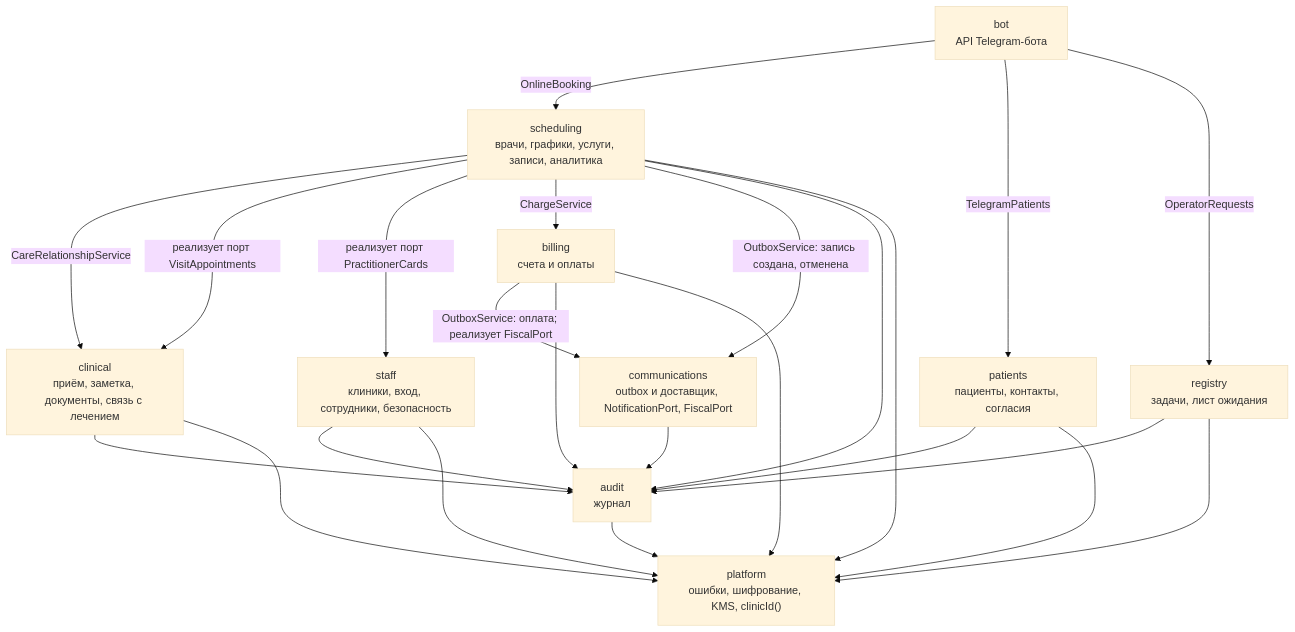
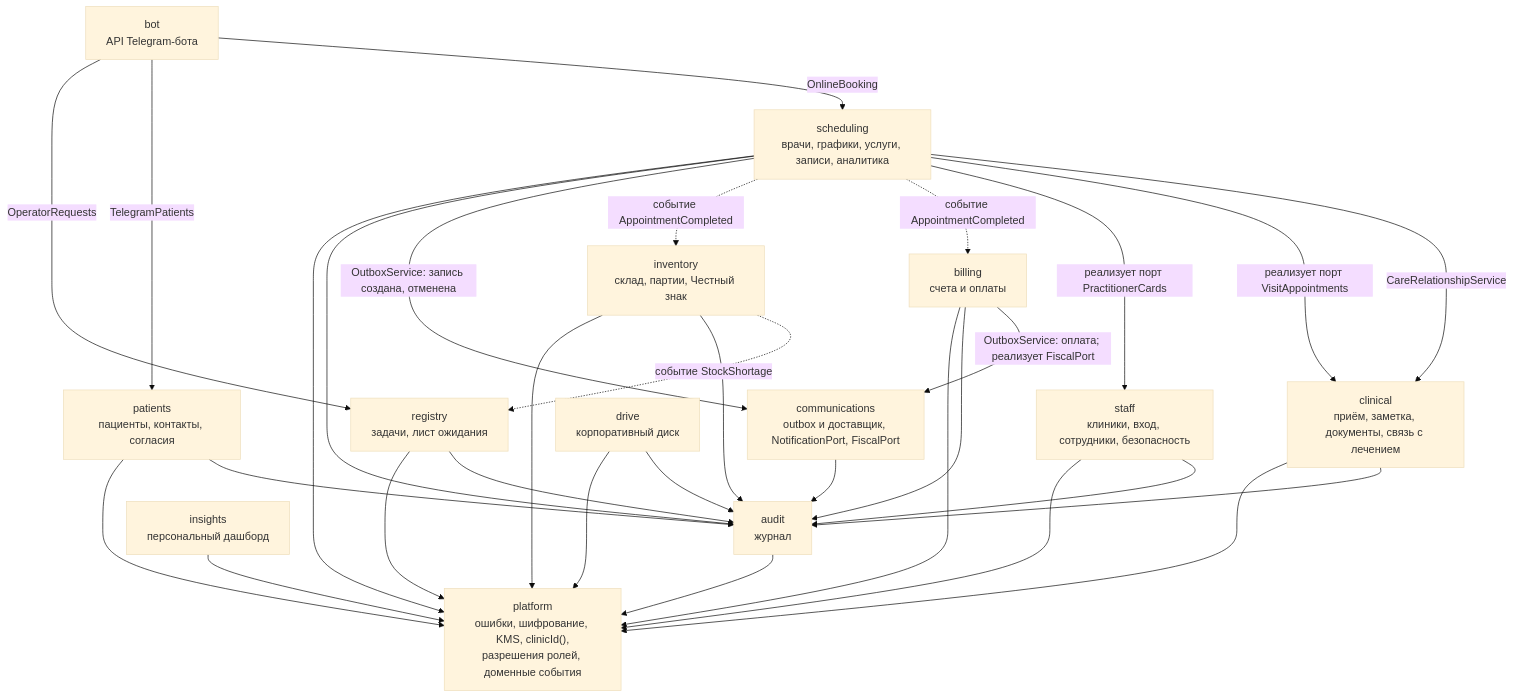
Before and after one commit to IlyaSimis/AlphaCRM: the second of 5 diagrams in docs/architecture.md, drawn with Mermaid (base theme). The commit also changed other lines of this file and 3 other files, not shown here.

First line of the commit message:
Документация: роли и разрешения, события, склад, диск, дашборд; целевая архитектура

````diff
--- a/docs/architecture.md
+++ b/docs/architecture.md
@@ -65,26 +65,31 @@
 ```mermaid
 flowchart TB
     scheduling["scheduling<br/>врачи, графики, услуги, записи, аналитика"]
     clinical["clinical<br/>приём, заметка, документы, связь с лечением"]
     billing["billing<br/>счета и оплаты"]
     registry["registry<br/>задачи, лист ожидания"]
     patients["patients<br/>пациенты, контакты, согласия"]
     staff["staff<br/>клиники, вход, сотрудники, безопасность"]
     communications["communications<br/>outbox и доставщик, NotificationPort, FiscalPort"]
     audit["audit<br/>журнал"]
-    platform["platform<br/>ошибки, шифрование, KMS, clinicId()"]
+    inventory["inventory<br/>склад, партии, Честный знак"]
+    drive["drive<br/>корпоративный диск"]
+    insights["insights<br/>персональный дашборд"]
+    platform["platform<br/>ошибки, шифрование, KMS, clinicId(),<br/>разрешения ролей, доменные события"]
 
     scheduling -->|"CareRelationshipService"| clinical
     scheduling -->|"реализует порт VisitAppointments"| clinical
     scheduling -->|"реализует порт PractitionerCards"| staff
-    scheduling -->|"ChargeService"| billing
+    scheduling -.->|"событие AppointmentCompleted"| billing
+    scheduling -.->|"событие AppointmentCompleted"| inventory
+    inventory -.->|"событие StockShortage"| registry
     scheduling -->|"OutboxService: запись создана, отменена"| communications
     billing -->|"OutboxService: оплата; реализует FiscalPort"| communications
     communications --> audit
     bot["bot<br/>API Telegram-бота"]
     bot -->|"OnlineBooking"| scheduling
     bot -->|"TelegramPatients"| patients
     bot -->|"OperatorRequests"| registry
-    scheduling & clinical & billing & registry & patients & staff --> audit
-    scheduling & clinical & billing & registry & patients & staff & audit --> platform
+    scheduling & clinical & billing & registry & patients & staff & inventory & drive --> audit
+    scheduling & clinical & billing & registry & patients & staff & audit & inventory & drive & insights --> platform
 ```
````
